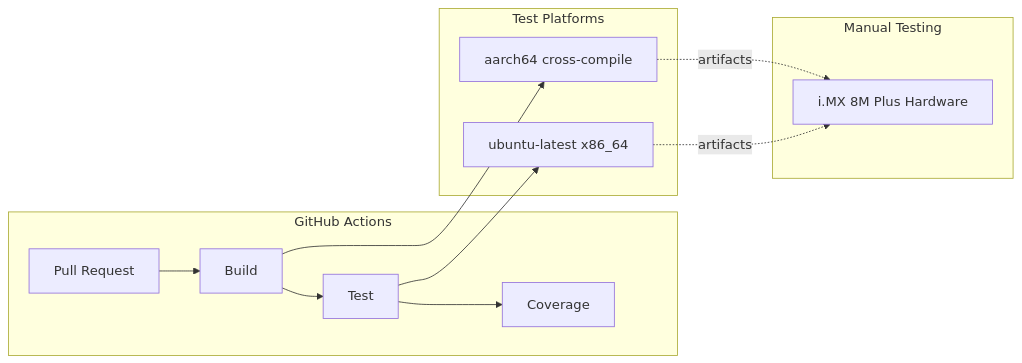
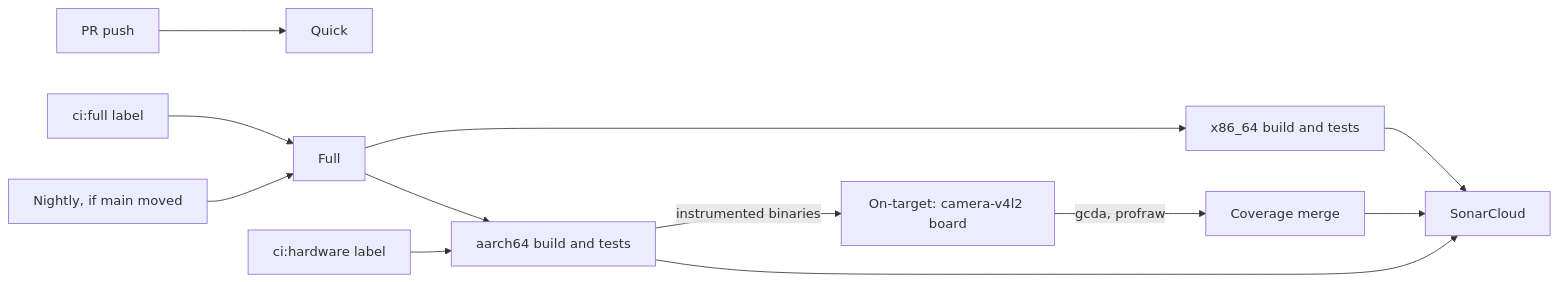
Before and after one commit to EdgeFirstAI/videostream: the second of 3 diagrams in TESTING.md, drawn with Mermaid. The commit also changed other lines of this file and 23 other files, not shown here.

````diff
--- a/TESTING.md
+++ b/TESTING.md
@@ -225,22 +227,14 @@
 ```mermaid
 flowchart LR
-    subgraph CI["GitHub Actions"]
-        PR[Pull Request] --> BUILD[Build]
-        BUILD --> TEST[Test]
-        TEST --> COV[Coverage]
-    end
-
-    subgraph Platforms["Test Platforms"]
-        X86[ubuntu-latest x86_64]
-        ARM[aarch64 cross-compile]
-    end
-
-    subgraph Manual["Manual Testing"]
-        HW[i.MX 8M Plus Hardware]
-    end
-
-    TEST --> X86
-    BUILD --> ARM
-    X86 -.->|artifacts| HW
-    ARM -.->|artifacts| HW
+    PR[PR push] --> QUICK[Quick]
+    LABEL["ci:full label"] --> FULL[Full]
+    HWLABEL["ci:hardware label"] --> ARM
+    NIGHTLY["Nightly, if main moved"] --> FULL
+    FULL --> X86[x86_64 build and tests]
+    FULL --> ARM[aarch64 build and tests]
+    ARM -->|instrumented binaries| BOARD["On-target: camera-v4l2 board"]
+    BOARD -->|gcda, profraw| MERGE[Coverage merge]
+    X86 --> SONAR[SonarCloud]
+    ARM --> SONAR
+    MERGE --> SONAR
 ```
````
